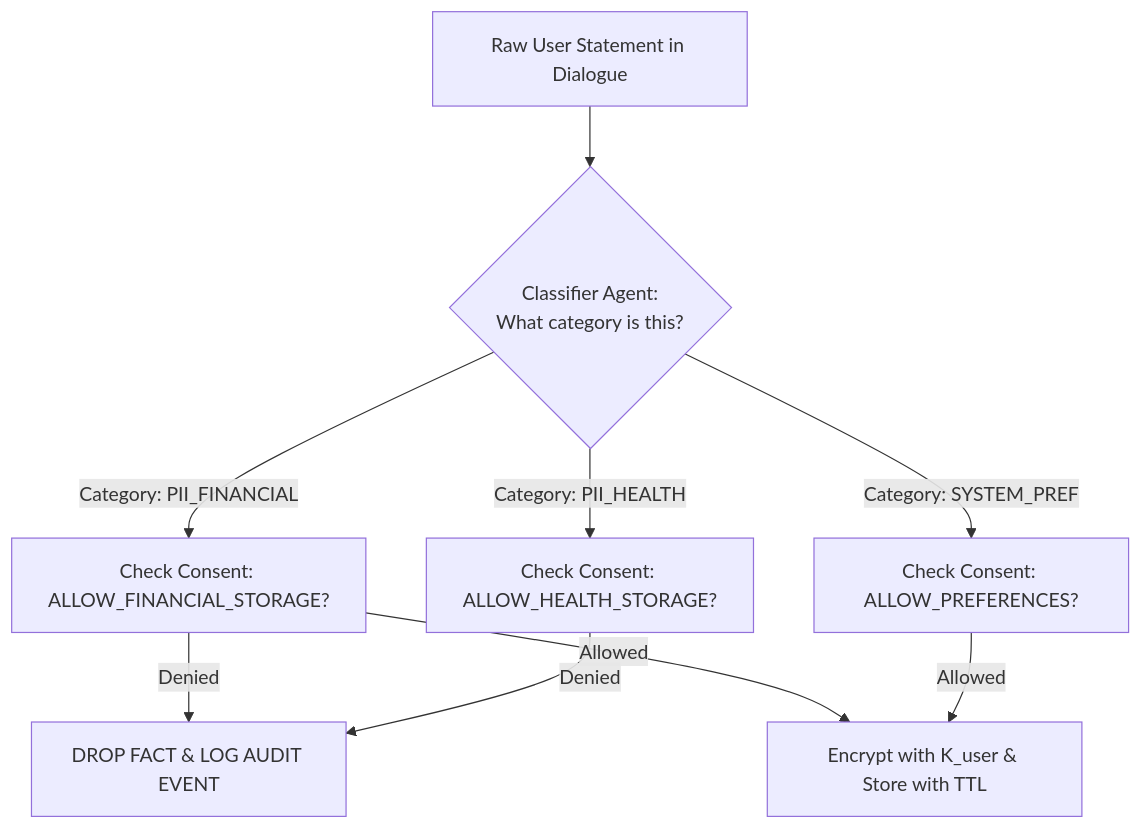
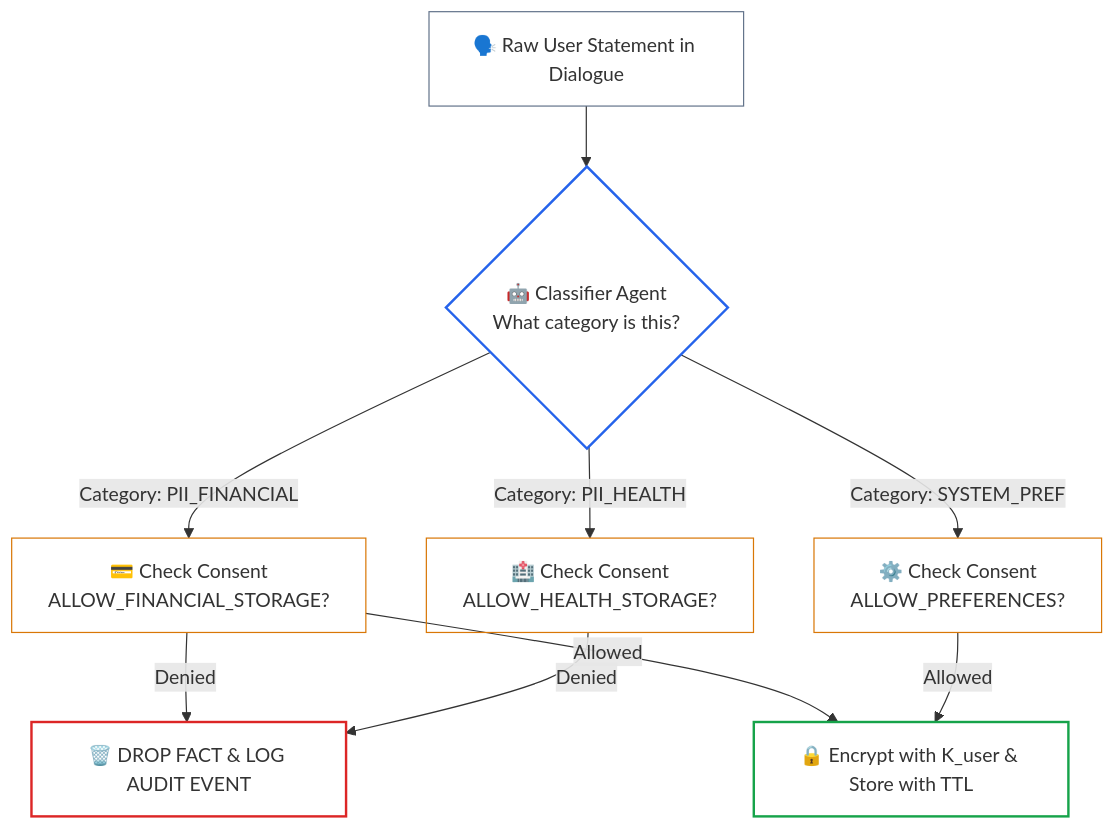
Diagram 11 of 13 in 04-agentic-systems-and-orchestration/labs/lab5-agent-memory-system.md (dip4k/senior-engineer-to-ai-engineer-roadmap), drawn with Mermaid before and after one commit. The commit also changed other lines of this file and 94 other files, not shown here.

Commit message:
refactor(curriculum): complete Phase 04 upgrade and enforce diagram renderer invariants

````diff
--- a/04-agentic-systems-and-orchestration/labs/lab5-agent-memory-system.md
+++ b/04-agentic-systems-and-orchestration/labs/lab5-agent-memory-system.md
@@ -548,14 +682,22 @@
 ```mermaid
 flowchart TD
-    Raw["Raw User Statement in Dialogue"] --> Classifier{"Classifier Agent:\nWhat category is this?"}
+    Raw["🗣️ Raw User Statement in Dialogue"] --> Classifier{"🤖 Classifier Agent<br/>What category is this?"}
     
-    Classifier -->|Category: PII_FINANCIAL| C1["Check Consent: ALLOW_FINANCIAL_STORAGE?"]
-    Classifier -->|Category: SYSTEM_PREF| C2["Check Consent: ALLOW_PREFERENCES?"]
-    Classifier -->|Category: PII_HEALTH| C3["Check Consent: ALLOW_HEALTH_STORAGE?"]
+    Classifier -->|Category: PII_FINANCIAL| C1["💳 Check Consent<br/>ALLOW_FINANCIAL_STORAGE?"]
+    Classifier -->|Category: SYSTEM_PREF| C2["⚙️ Check Consent<br/>ALLOW_PREFERENCES?"]
+    Classifier -->|Category: PII_HEALTH| C3["🏥 Check Consent<br/>ALLOW_HEALTH_STORAGE?"]
     
-    C1 -->|Denied| Drop["DROP FACT & LOG AUDIT EVENT"]
-    C1 -->|Allowed| Encrypt["Encrypt with K_user & Store with TTL"]
+    C1 -->|Denied| Drop["🗑️ DROP FACT & LOG AUDIT EVENT"]
+    C1 -->|Allowed| Encrypt["🔒 Encrypt with K_user & Store with TTL"]
     
     C2 -->|Allowed| Encrypt
     C3 -->|Denied| Drop
+
+    style Raw stroke:#64748b,stroke-width:1px,fill:none
+    style Classifier stroke:#2563eb,stroke-width:2px,fill:none
+    style C1 stroke:#d97706,stroke-width:1px,fill:none
+    style C2 stroke:#d97706,stroke-width:1px,fill:none
+    style C3 stroke:#d97706,stroke-width:1px,fill:none
+    style Drop stroke:#dc2626,stroke-width:2px,fill:none
+    style Encrypt stroke:#16a34a,stroke-width:2px,fill:none
 ```
````
